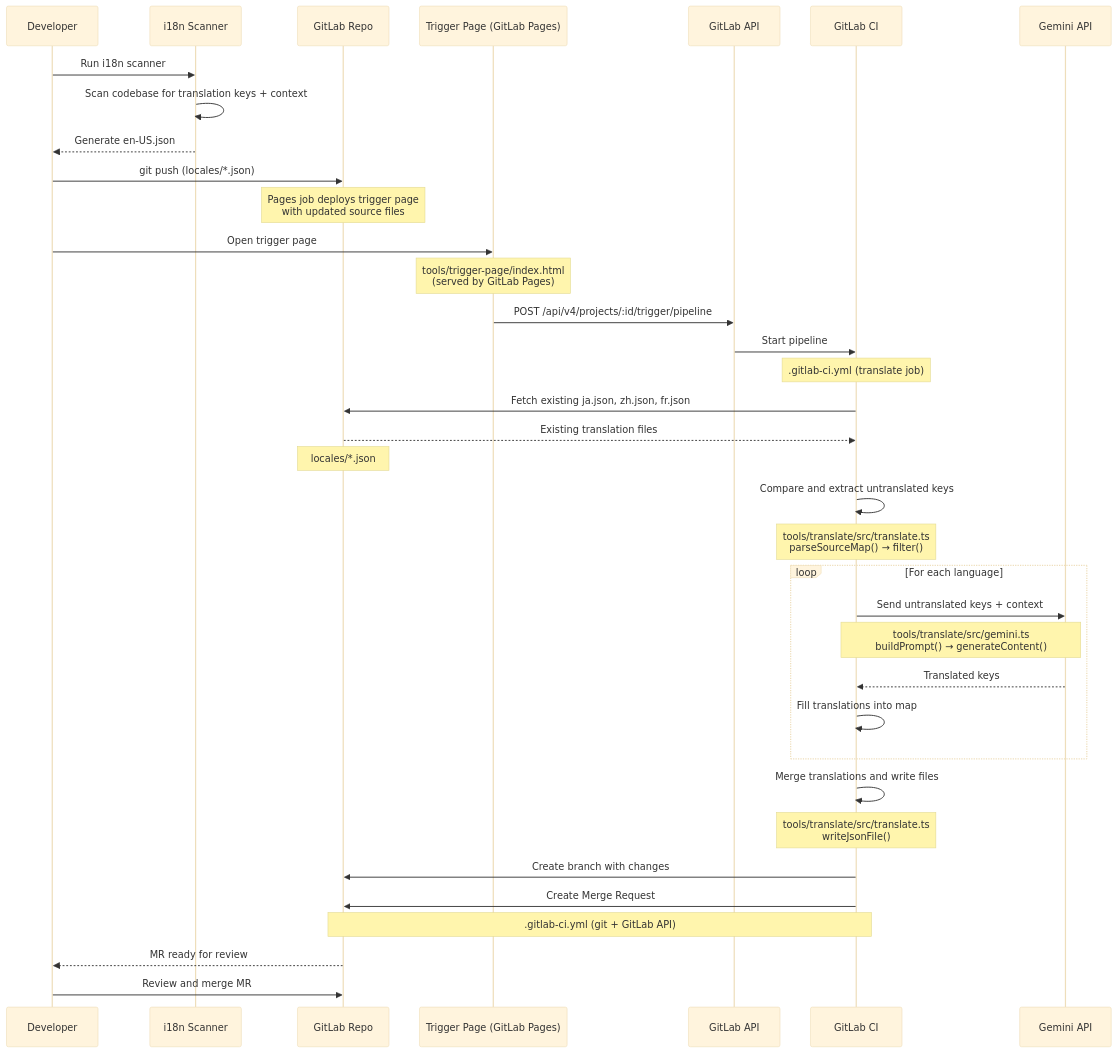
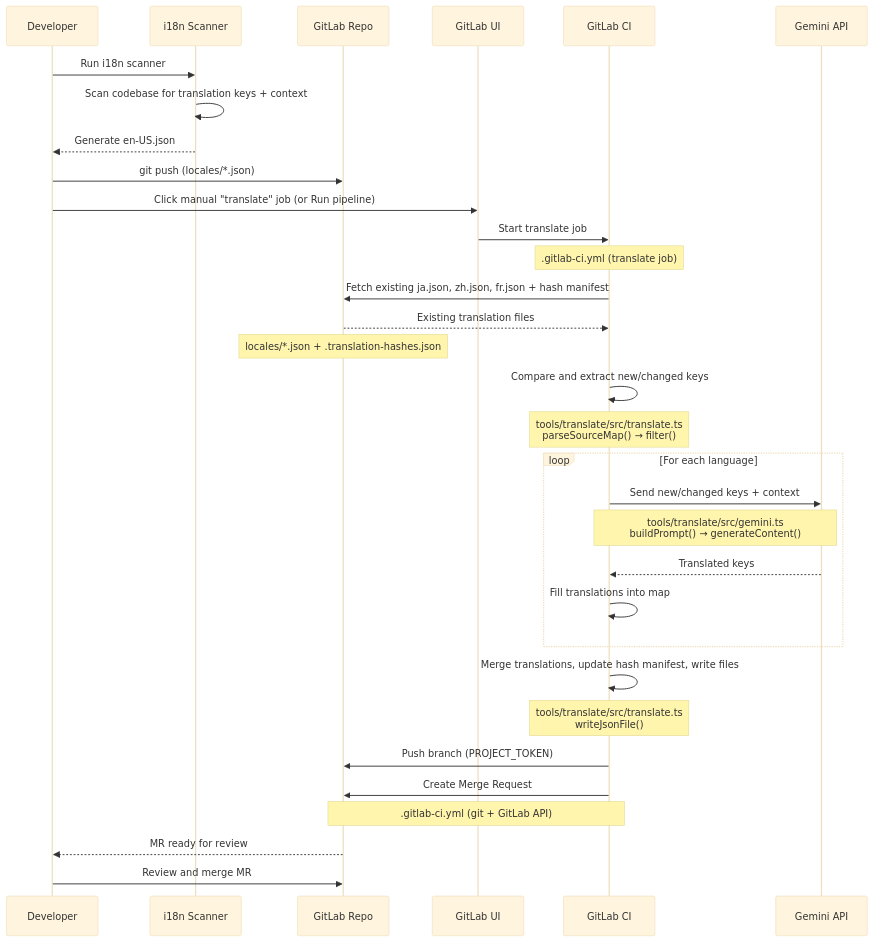
Before and after one commit to jadecubes/free-translation-platform-buildup: the third of 3 diagrams in README.md, drawn with Mermaid (base theme). The commit also changed other lines of this file and 16 other files, not shown here.

First line of the commit message:
Simplify translation flow: manual CI job as trigger + re-translate edited source values (#16)

````diff
--- a/README.md
+++ b/README.md
@@ -422,46 +456,42 @@
 ```mermaid
 sequenceDiagram
     participant Dev as Developer
     participant Scanner as i18n Scanner
     participant Repo as GitLab Repo
-    participant Page as Trigger Page (GitLab Pages)
-    participant API as GitLab API
+    participant UI as GitLab UI
     participant CI as GitLab CI
     participant LLM as Gemini API
 
     Dev->>Scanner: Run i18n scanner
     Scanner->>Scanner: Scan codebase for translation keys + context
     Scanner-->>Dev: Generate en-US.json
     Dev->>Repo: git push (locales/*.json)
-    Note over Repo: Pages job deploys trigger page<br/>with updated source files
 
-    Dev->>Page: Open trigger page
-    Note over Page: tools/trigger-page/index.html<br/>(served by GitLab Pages)
-    Page->>API: POST /api/v4/projects/:id/trigger/pipeline
-    API->>CI: Start pipeline
+    Dev->>UI: Click manual "translate" job (or Run pipeline)
+    UI->>CI: Start translate job
     Note over CI: .gitlab-ci.yml (translate job)
 
-    CI->>Repo: Fetch existing ja.json, zh.json, fr.json
+    CI->>Repo: Fetch existing ja.json, zh.json, fr.json + hash manifest
     Repo-->>CI: Existing translation files
-    Note over Repo: locales/*.json
+    Note over Repo: locales/*.json + .translation-hashes.json
 
-    CI->>CI: Compare and extract untranslated keys
+    CI->>CI: Compare and extract new/changed keys
     Note over CI: tools/translate/src/translate.ts<br/>parseSourceMap() → filter()
 
     loop For each language
-        CI->>LLM: Send untranslated keys + context
+        CI->>LLM: Send new/changed keys + context
         Note over CI,LLM: tools/translate/src/gemini.ts<br/>buildPrompt() → generateContent()
         LLM-->>CI: Translated keys
         CI->>CI: Fill translations into map
     end
 
-    CI->>CI: Merge translations and write files
+    CI->>CI: Merge translations, update hash manifest, write files
     Note over CI: tools/translate/src/translate.ts<br/>writeJsonFile()
 
-    CI->>Repo: Create branch with changes
+    CI->>Repo: Push branch (PROJECT_TOKEN)
     CI->>Repo: Create Merge Request
     Note over CI,Repo: .gitlab-ci.yml (git + GitLab API)
 
     Repo-->>Dev: MR ready for review
     Dev->>Repo: Review and merge MR
 ```
````
